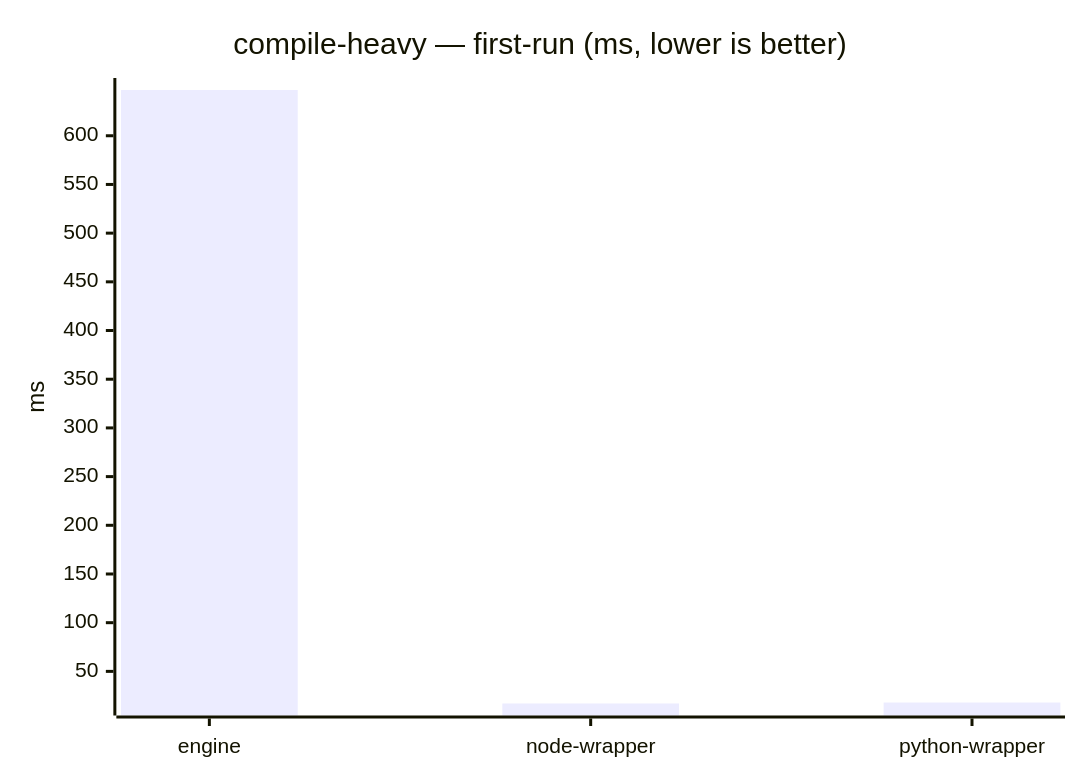
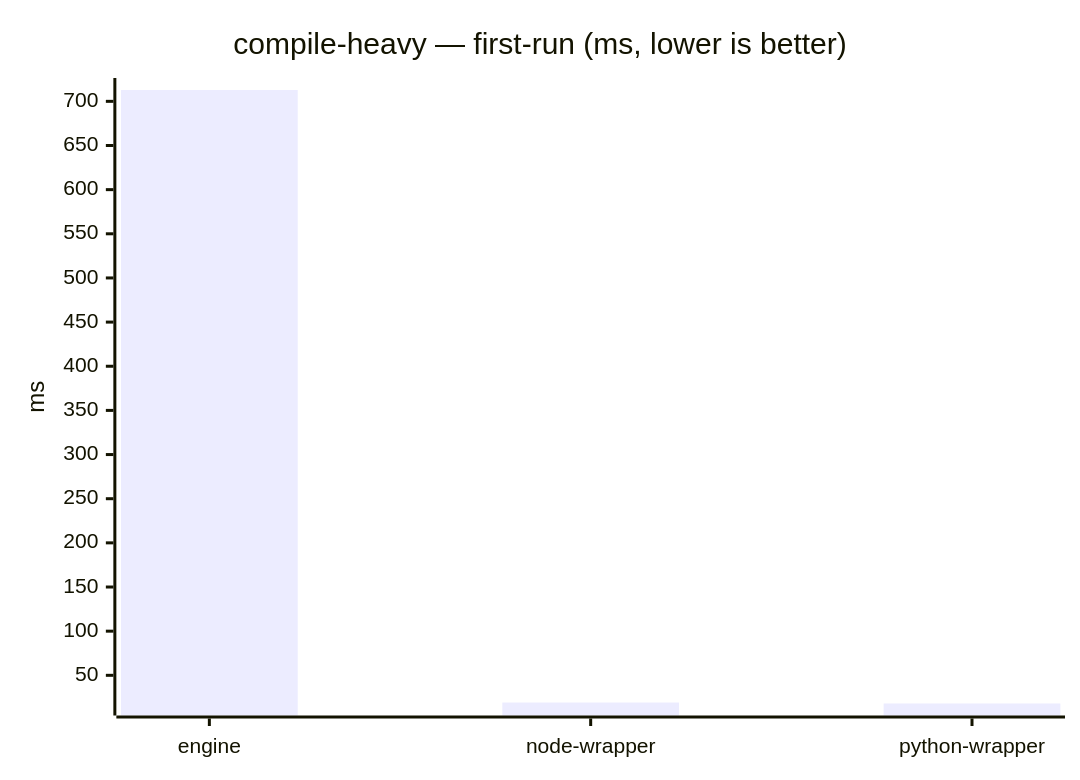
One commit to mulesoft/data-weave-cli changed diagram 14 of 23 in benchmarks/report/RESULTS.md. Above: the diagram before and after it, drawn with Mermaid. The commit also changed other lines of this file, not shown here.

````diff
--- a/benchmarks/report/RESULTS.md
+++ b/benchmarks/report/RESULTS.md
@@ -162,7 +160,7 @@
 ```mermaid
 xychart-beta
     title "compile-heavy — first-run (ms, lower is better)"
     x-axis ["engine", "node-wrapper", "python-wrapper"]
     y-axis "ms"
-    bar [646.983, 17.016, 17.998]
+    bar [712.837, 19.164, 18.085]
 ```
````
